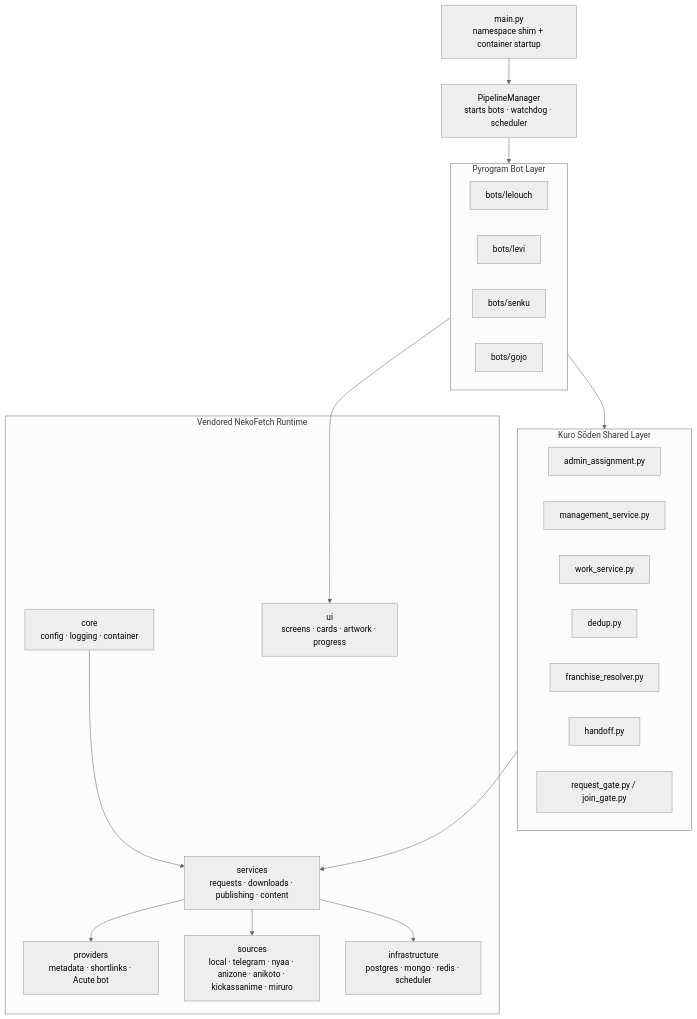
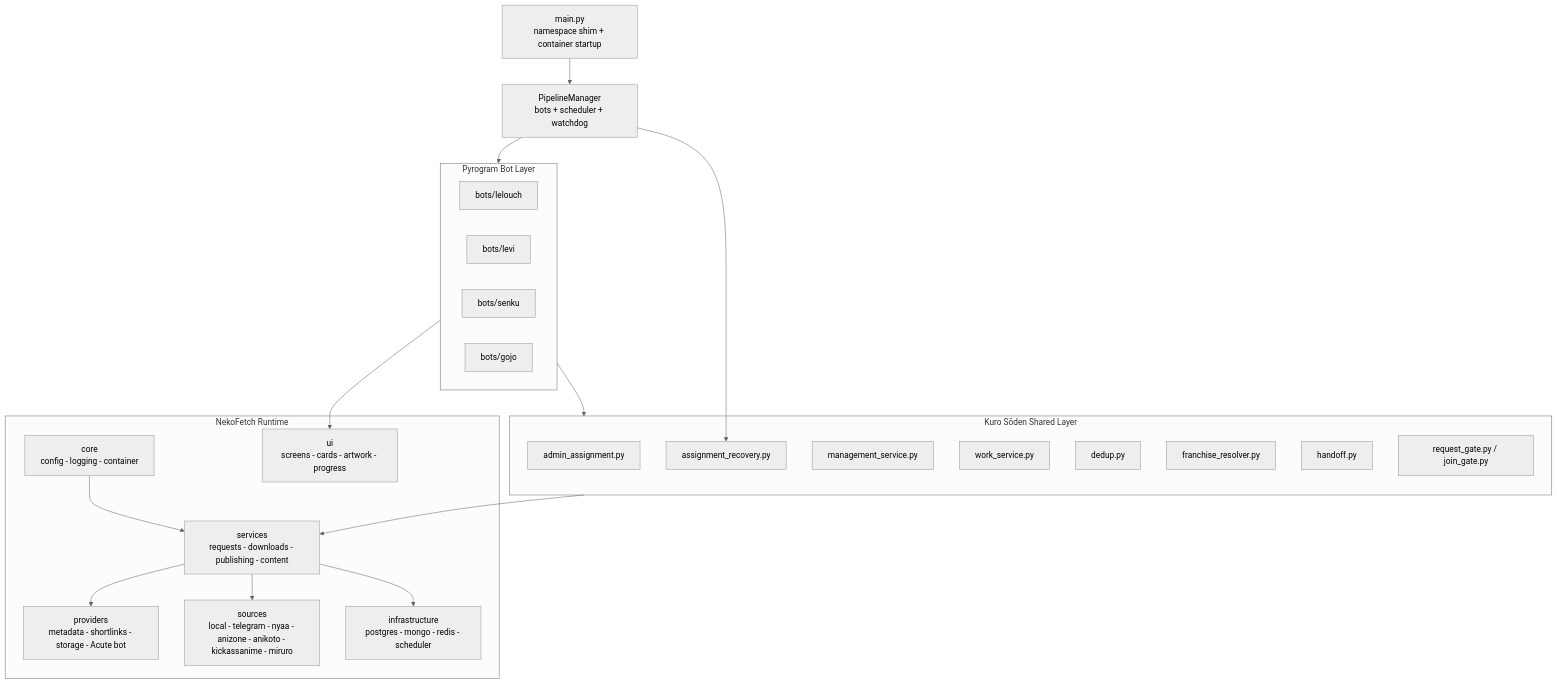
One commit to arefin-raian/Kuro-Soden changed the seventh of 7 diagrams in README.md. Above: the diagram before and after it, drawn with Mermaid (neutral theme). The commit also changed other lines of this file, not shown here.

````diff
--- a/README.md
+++ b/README.md
@@ -426,41 +493,43 @@
 ```mermaid
 flowchart TB
     entry["main.py<br/>namespace shim + container startup"]
-    manager["PipelineManager<br/>starts bots · watchdog · scheduler"]
+    manager["PipelineManager<br/>bots + scheduler + watchdog"]
 
     subgraph pyrogram["Pyrogram Bot Layer"]
         L["bots/lelouch"]
         V["bots/levi"]
         S["bots/senku"]
         G["bots/gojo"]
     end
 
     subgraph shared["Kuro Sōden Shared Layer"]
         assn["admin_assignment.py"]
+        recovery["assignment_recovery.py"]
         mgmt["management_service.py"]
         work["work_service.py"]
         dedup["dedup.py"]
         resolver["franchise_resolver.py"]
         handoff["handoff.py"]
         gate["request_gate.py / join_gate.py"]
     end
 
-    subgraph nf["Vendored NekoFetch Runtime"]
-        core["core<br/>config · logging · container"]
-        services["services<br/>requests · downloads · publishing · content"]
-        providers["providers<br/>metadata · shortlinks · Acute bot"]
-        sources["sources<br/>local · telegram · nyaa · anizone · anikoto · kickassanime · miruro"]
-        infra["infrastructure<br/>postgres · mongo · redis · scheduler"]
-        ui["ui<br/>screens · cards · artwork · progress"]
+    subgraph nf["NekoFetch Runtime"]
+        core["core<br/>config - logging - container"]
+        services["services<br/>requests - downloads - publishing - content"]
+        providers["providers<br/>metadata - shortlinks - storage - Acute bot"]
+        sources["sources<br/>local - telegram - nyaa - anizone - anikoto - kickassanime - miruro"]
+        infra["infrastructure<br/>postgres - mongo - redis - scheduler"]
+        ui["ui<br/>screens - cards - artwork - progress"]
     end
 
     entry --> manager
     manager --> pyrogram
+    manager --> recovery
     pyrogram --> shared
     shared --> services
     services --> providers
     services --> sources
     services --> infra
     pyrogram --> ui
     core --> services
 ```
````
